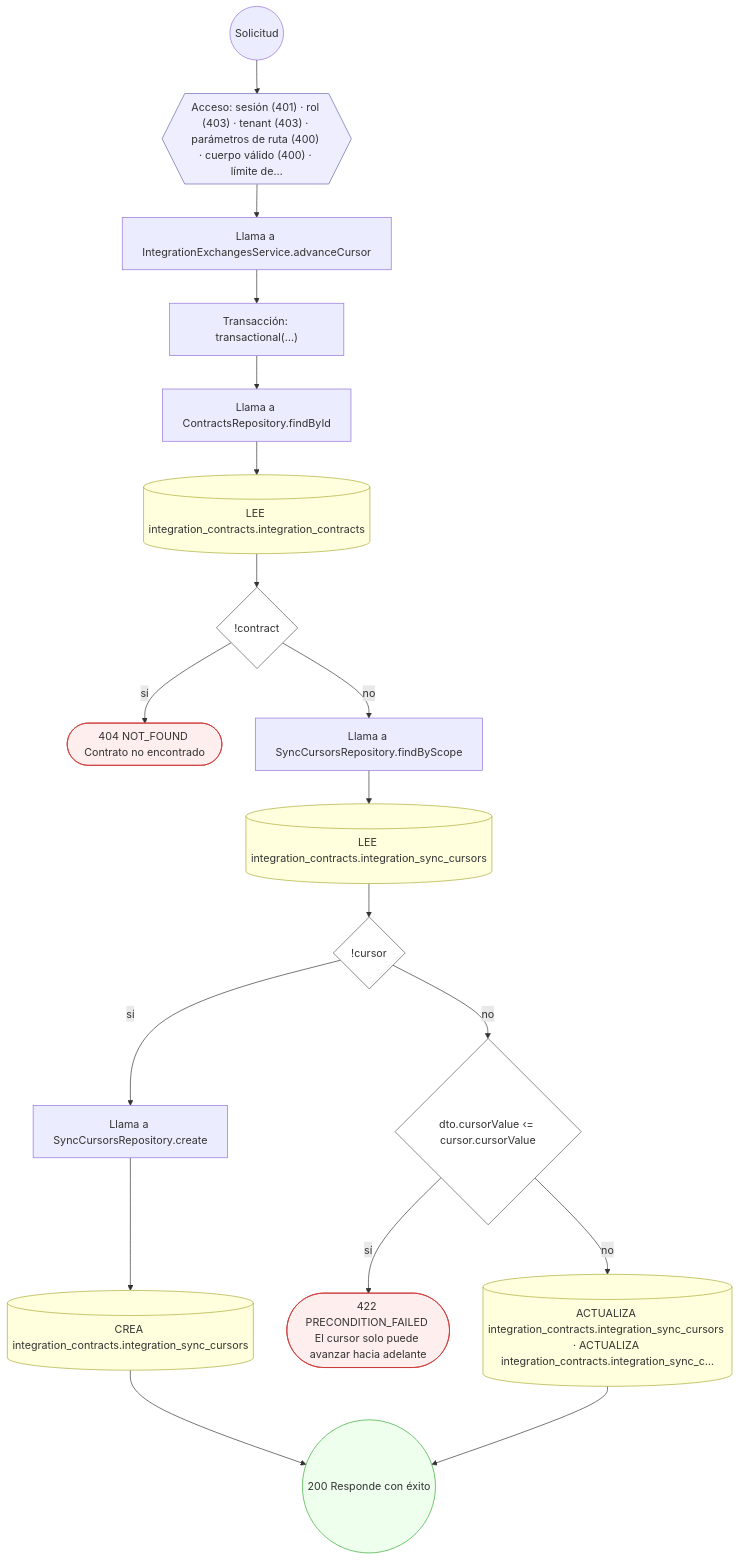
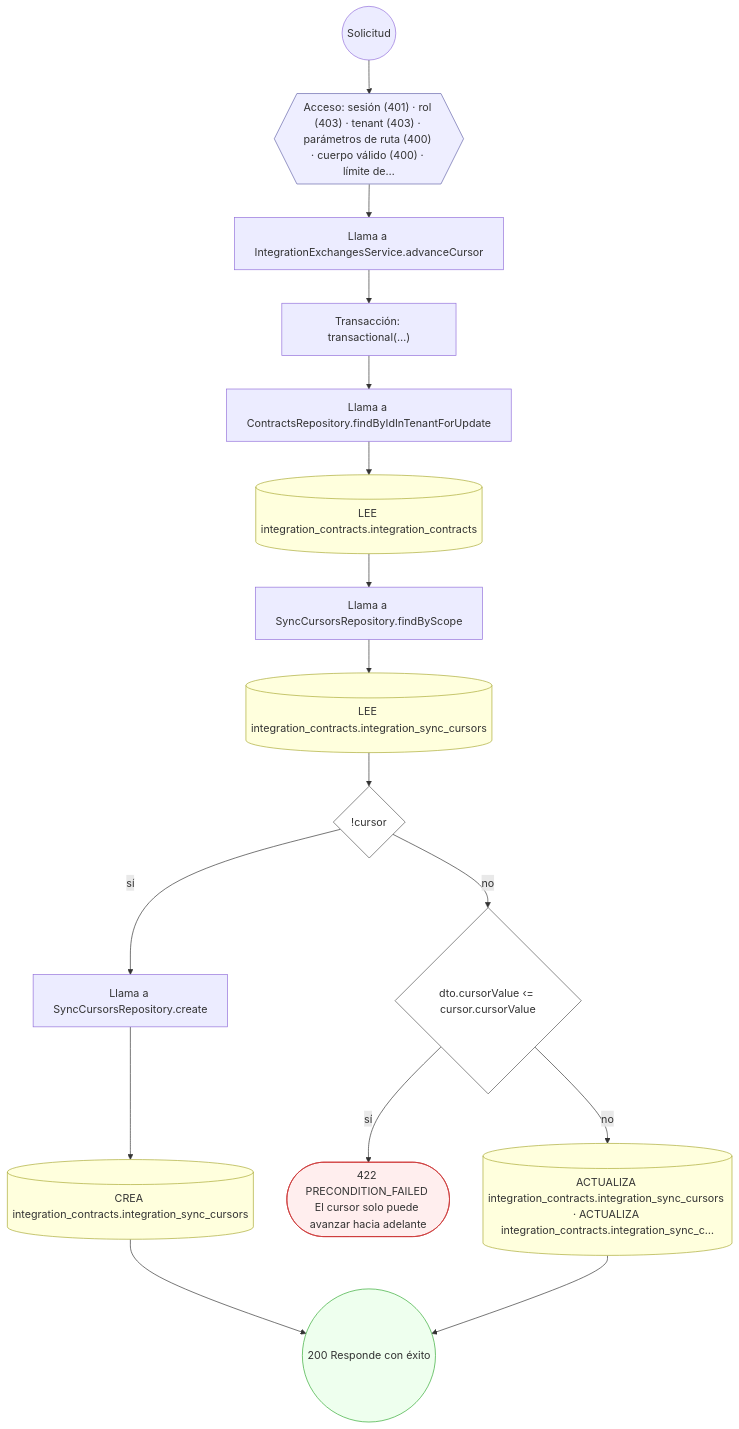
Before and after one commit to mdavila-2001/mantra-core-health-api: the seventh of 12 diagrams in docs/inventario/flujos/integration_contracts.md, drawn with Mermaid. The commit also changed other lines of this file and 438 other files, not shown here.

````diff
--- a/docs/inventario/flujos/integration_contracts.md
+++ b/docs/inventario/flujos/integration_contracts.md
@@ -510,43 +481,39 @@
 ```mermaid
 flowchart TD
   n1(("Solicitud")):::inicio
   n2{{"Acceso: sesión (401) · rol (403) · tenant (403) · parámetros de ruta (400) · cuerpo válido (400) · límite de…"}}:::acceso
   n1 --> n2
   n3["Llama a IntegrationExchangesService.advanceCursor"]:::llamada
   n2 --> n3
   n4["Transacción: transactional(…)"]:::transaccion
   n3 --> n4
-  n5["Llama a ContractsRepository.findById"]:::llamada
+  n5["Llama a ContractsRepository.findByIdInTenantForUpdate"]:::llamada
   n4 --> n5
   n6[("LEE integration_contracts.integration_contracts")]:::efecto
   n5 --> n6
-  n7{"!contract"}:::decision
+  n7["Llama a SyncCursorsRepository.findByScope"]:::llamada
   n6 --> n7
-  n8(["404 NOT_FOUND Contrato no encontrado"]):::error
-  n7 -->|"sí"| n8
-  n9["Llama a SyncCursorsRepository.findByScope"]:::llamada
-  n7 -->|"no"| n9
-  n10[("LEE integration_contracts.integration_sync_cursors")]:::efecto
-  n9 --> n10
-  n11{"!cursor"}:::decision
+  n8[("LEE integration_contracts.integration_sync_cursors")]:::efecto
+  n7 --> n8
+  n9{"!cursor"}:::decision
+  n8 --> n9
+  n10["Llama a SyncCursorsRepository.create"]:::llamada
+  n9 -->|"sí"| n10
+  n11[("CREA integration_contracts.integration_sync_cursors")]:::efecto
   n10 --> n11
-  n12["Llama a SyncCursorsRepository.create"]:::llamada
-  n11 -->|"sí"| n12
-  n13[("CREA integration_contracts.integration_sync_cursors")]:::efecto
-  n12 --> n13
-  n14{"dto.cursorValue ‹= cursor.cursorValue"}:::decision
-  n11 -->|"no"| n14
-  n15(["422 PRECONDITION_FAILED El cursor solo puede avanzar hacia adelante"]):::error
-  n14 -->|"sí"| n15
-  n16[("ACTUALIZA integration_contracts.integration_sync_cursors · ACTUALIZA integration_contracts.integration_sync_c…")]:::efecto
-  n14 -->|"no"| n16
-  n17(("200 Responde con éxito")):::ok
-  n13 --> n17
-  n16 --> n17
+  n12{"dto.cursorValue ‹= cursor.cursorValue"}:::decision
+  n9 -->|"no"| n12
+  n13(["422 PRECONDITION_FAILED El cursor solo puede avanzar hacia adelante"]):::error
+  n12 -->|"sí"| n13
+  n14[("ACTUALIZA integration_contracts.integration_sync_cursors · ACTUALIZA integration_contracts.integration_sync_c…")]:::efecto
+  n12 -->|"no"| n14
+  n15(("200 Responde con éxito")):::ok
+  n11 --> n15
+  n14 --> n15
   classDef acceso fill:#eef,stroke:#66a
   classDef error fill:#fee,stroke:#c33
   classDef ok fill:#efe,stroke:#3a3
   classDef efecto fill:#ffd,stroke:#aa3
   classDef decision fill:#fff,stroke:#555
   classDef corte fill:#eee,stroke:#999,stroke-dasharray: 4
 ```
````
